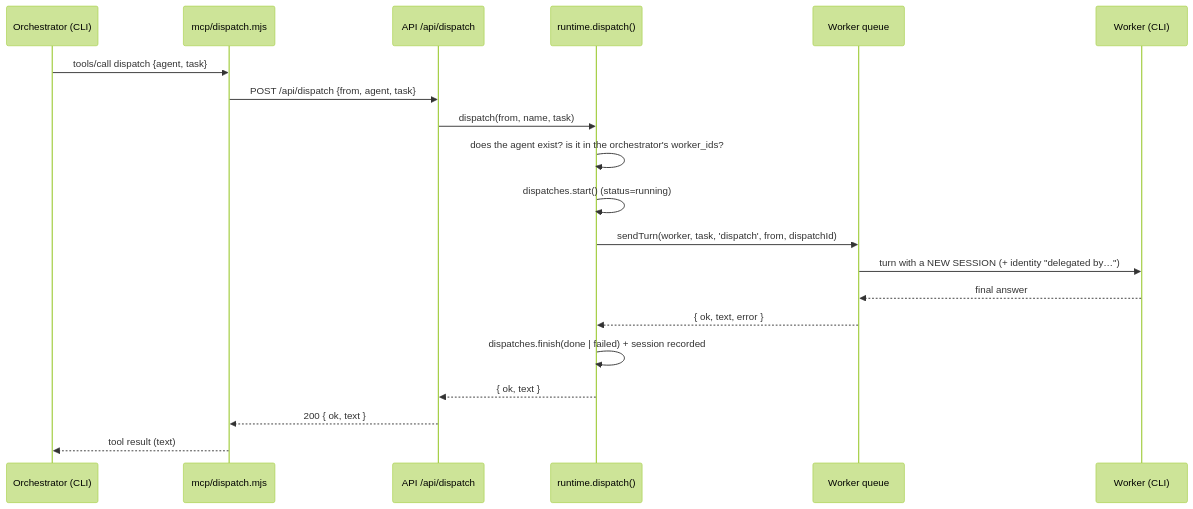
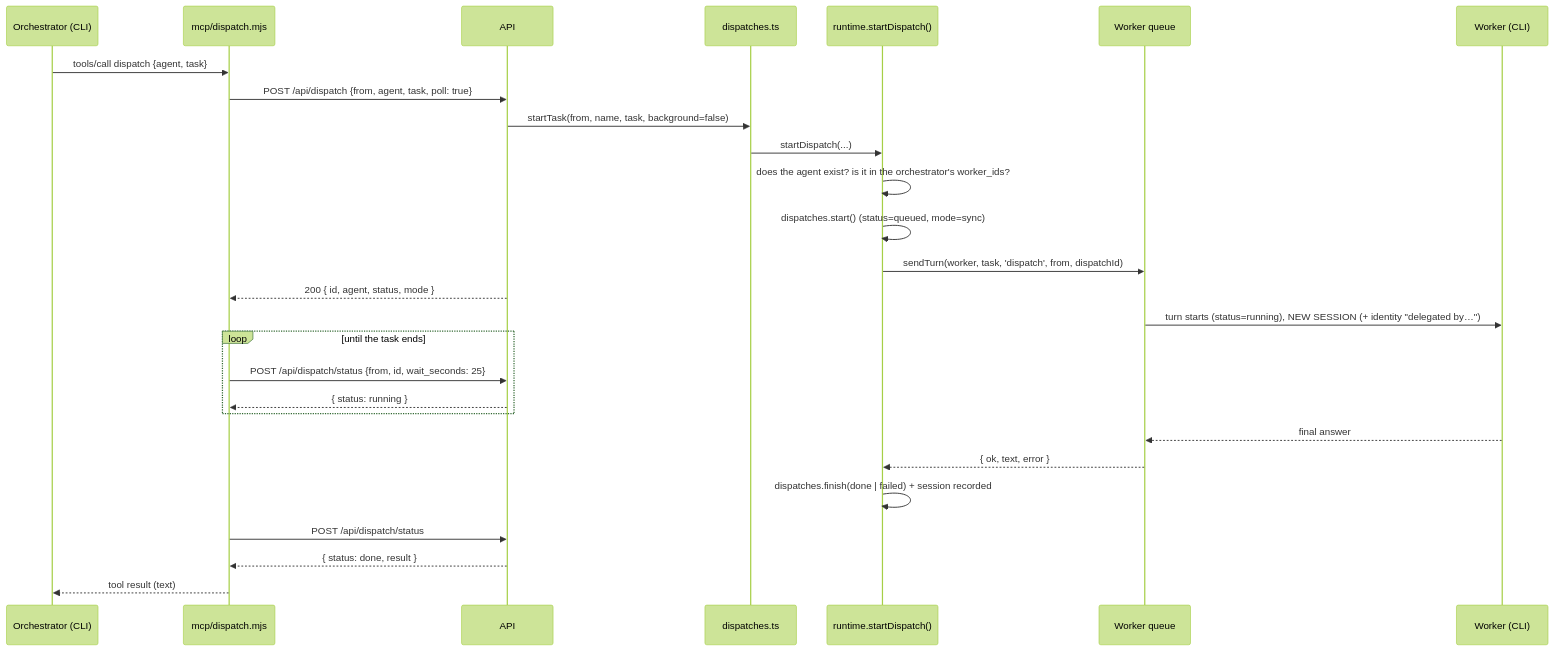
The first of 2 diagrams in docs/reference/en/09-orchestration-and-relations.md (hughcbscrt/hive-am), drawn with Mermaid (forest theme) before and after one commit. The commit also changed other lines of this file and 14 other files, not shown here.

First line of the commit message:
docs: describe background delegations, dispatch_status and the polled dispatch

````diff
--- a/docs/reference/en/09-orchestration-and-relations.md
+++ b/docs/reference/en/09-orchestration-and-relations.md
@@ -43,23 +50,30 @@
 ```mermaid
 sequenceDiagram
   participant O as Orchestrator (CLI)
   participant M as mcp/dispatch.mjs
-  participant A as API /api/dispatch
-  participant R as runtime.dispatch()
+  participant A as API
+  participant S as dispatches.ts
+  participant R as runtime.startDispatch()
   participant Q as Worker queue
   participant W as Worker (CLI)
 
   O->>M: tools/call dispatch {agent, task}
-  M->>A: POST /api/dispatch {from, agent, task}
-  A->>R: dispatch(from, name, task)
+  M->>A: POST /api/dispatch {from, agent, task, poll: true}
+  A->>S: startTask(from, name, task, background=false)
+  S->>R: startDispatch(...)
   R->>R: does the agent exist? is it in the orchestrator's worker_ids?
-  R->>R: dispatches.start()  (status=running)
+  R->>R: dispatches.start()  (status=queued, mode=sync)
   R->>Q: sendTurn(worker, task, 'dispatch', from, dispatchId)
-  Q->>W: turn with a NEW SESSION (+ identity "delegated by…")
+  A-->>M: 200 { id, agent, status, mode }
+  Q->>W: turn starts (status=running), NEW SESSION (+ identity "delegated by…")
+  loop until the task ends
+    M->>A: POST /api/dispatch/status {from, id, wait_seconds: 25}
+    A-->>M: { status: running }
+  end
   W-->>Q: final answer
   Q-->>R: { ok, text, error }
   R->>R: dispatches.finish(done | failed) + session recorded
-  R-->>A: { ok, text }
-  A-->>M: 200 { ok, text }
+  M->>A: POST /api/dispatch/status
+  A-->>M: { status: done, result }
   M-->>O: tool result (text)
 ```
````
